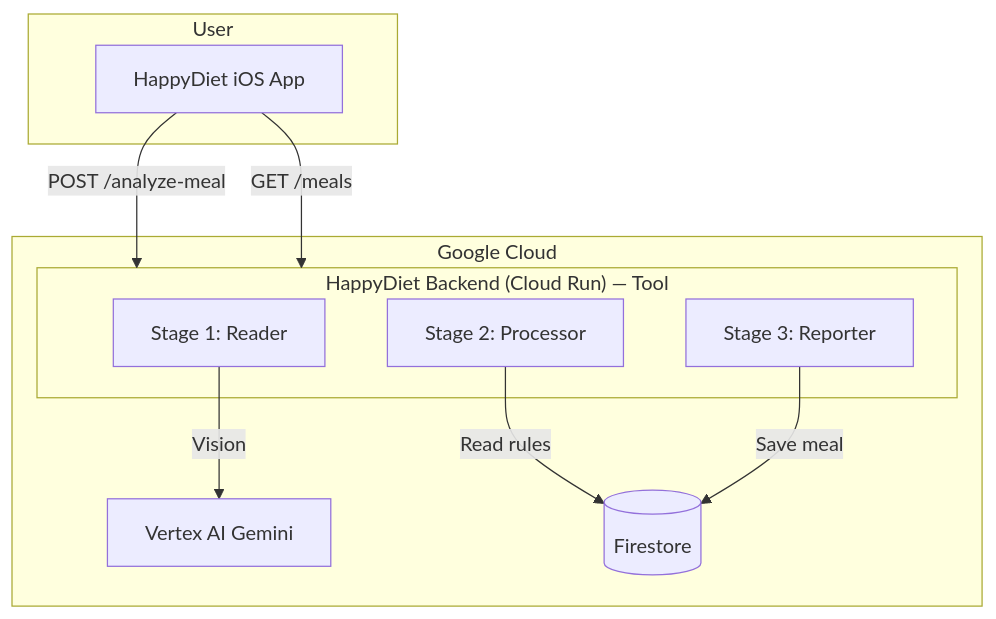
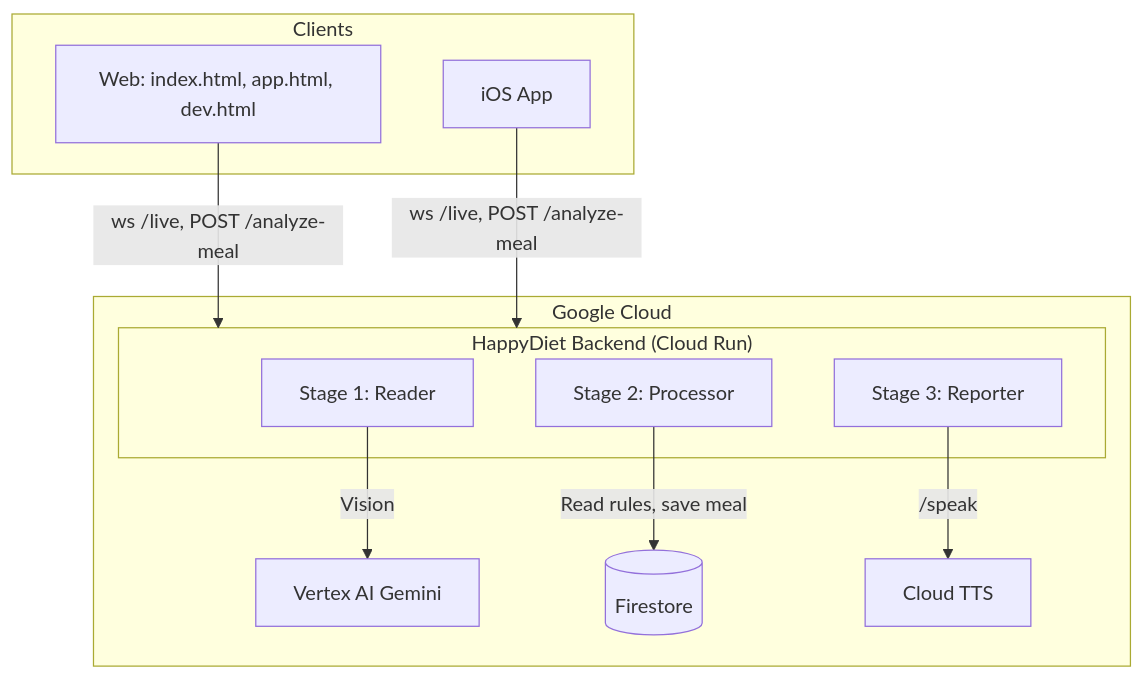
The diagram in docs/architecture-diagram.md (pablo-alpes/happydiet), drawn with Mermaid before and after one commit. The commit also changed other lines of this file and 11 other files, not shown here.

````diff
--- a/docs/architecture-diagram.md
+++ b/docs/architecture-diagram.md
@@ -54,23 +90,25 @@
 ```mermaid
 flowchart TB
-    subgraph User
-        iOS[HappyDiet iOS App]
+    subgraph Clients["Clients"]
+        Web[Web: index.html, app.html, dev.html]
+        iOS[iOS App]
     end
 
     subgraph GCP["Google Cloud"]
-        subgraph Backend["HappyDiet Backend (Cloud Run) — Tool"]
+        subgraph Backend["HappyDiet Backend (Cloud Run)"]
             Reader[Stage 1: Reader]
             Processor[Stage 2: Processor]
             Reporter[Stage 3: Reporter]
         end
 
         Vertex[Vertex AI Gemini]
         Firestore[(Firestore)]
+        TTS[Cloud TTS]
     end
 
-    iOS -->|"POST /analyze-meal"| Backend
-    iOS -->|"GET /meals"| Backend
+    Web -->|"ws /live, POST /analyze-meal"| Backend
+    iOS -->|"ws /live, POST /analyze-meal"| Backend
     Reader -->|"Vision"| Vertex
-    Processor -->|"Read rules"| Firestore
-    Reporter -->|"Save meal"| Firestore
+    Processor -->|"Read rules, save meal"| Firestore
+    Reporter -->|"/speak"| TTS
 ```
````
